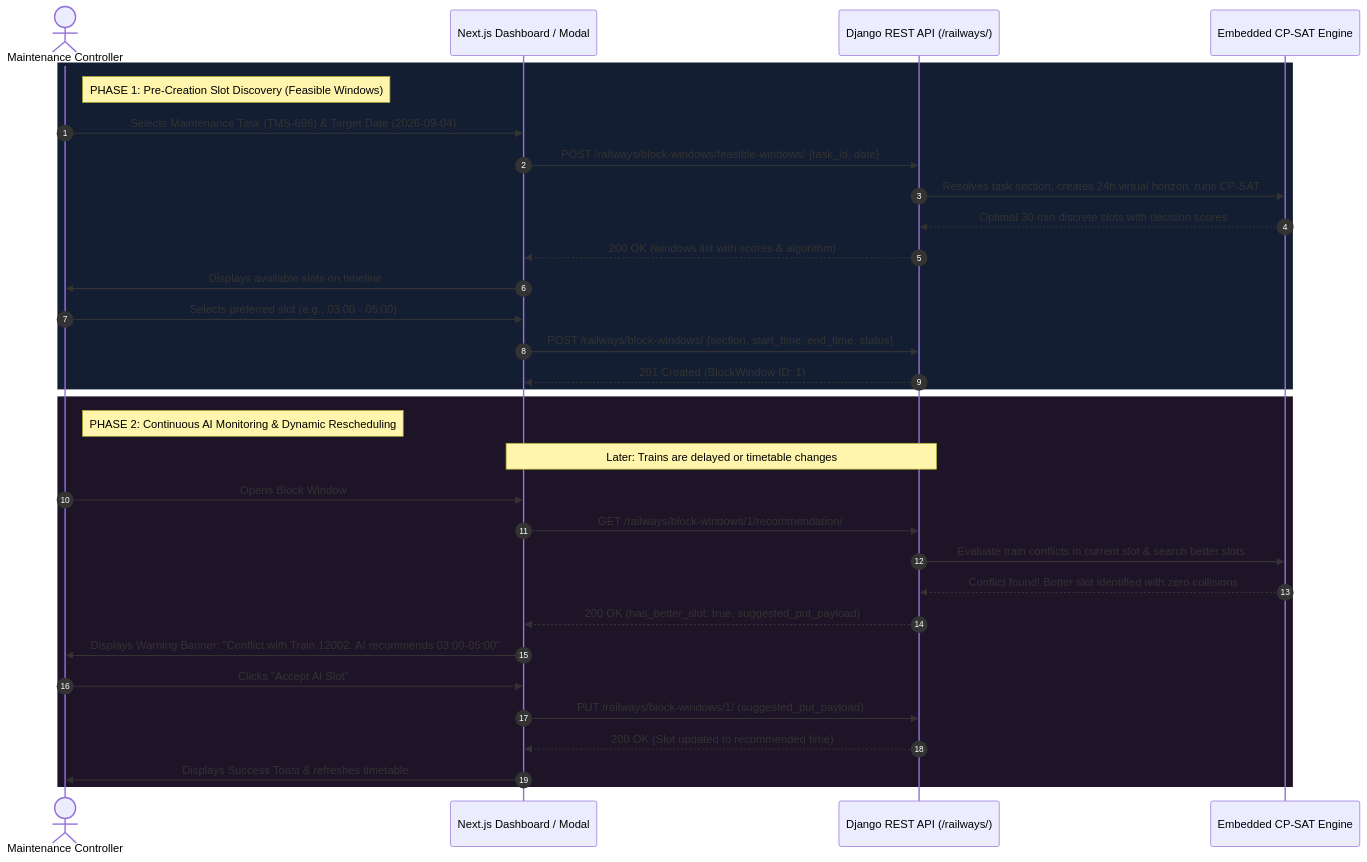
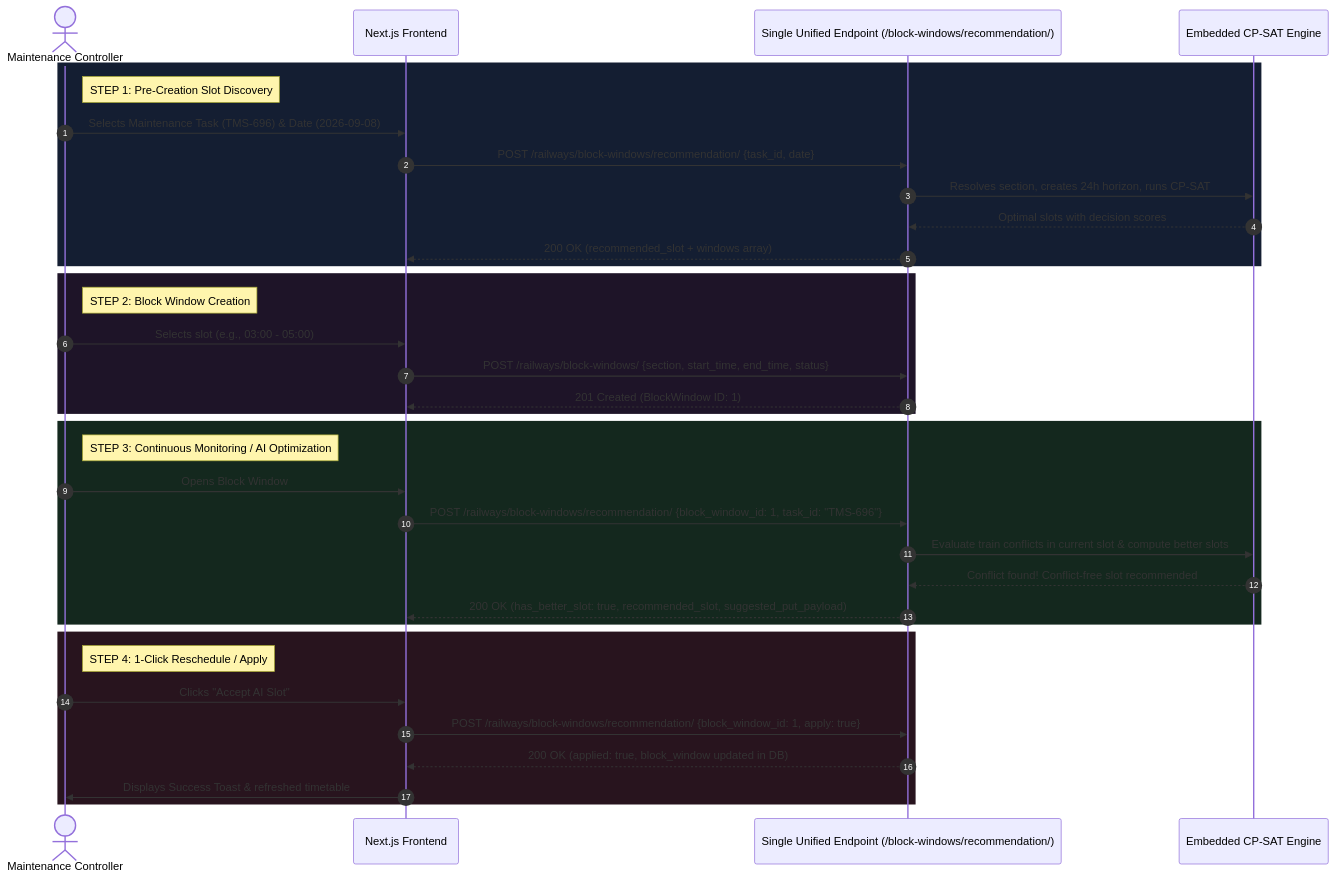
One commit to Smart-Railways/backend changed the diagram in FRONTEND_AI_RECOMMENDATION_GUIDE.md. Above: the diagram before and after it, drawn with Mermaid. The commit also changed other lines of this file and 7 other files, not shown here.

````diff
--- a/FRONTEND_AI_RECOMMENDATION_GUIDE.md
+++ b/FRONTEND_AI_RECOMMENDATION_GUIDE.md
@@ -12,36 +23,41 @@
 ```mermaid
 sequenceDiagram
     autonumber
     actor Controller as Maintenance Controller
-    participant UI as Next.js Dashboard / Modal
-    participant API as Django REST API (/railways/)
+    participant UI as Next.js Frontend
+    participant API as Single Unified Endpoint (/block-windows/recommendation/)
     participant AI as Embedded CP-SAT Engine
 
     rect rgb(20, 30, 50)
-    note right of Controller: PHASE 1: Pre-Creation Slot Discovery (Feasible Windows)
-    Controller->>UI: Selects Maintenance Task (TMS-696) & Target Date (2026-09-04)
-    UI->>API: POST /railways/block-windows/feasible-windows/ {task_id, date}
-    API->>AI: Resolves task section, creates 24h virtual horizon, runs CP-SAT
-    AI-->>API: Optimal 30-min discrete slots with decision scores
-    API-->>UI: 200 OK (windows list with scores & algorithm)
-    UI->>Controller: Displays available slots on timeline
-    Controller->>UI: Selects preferred slot (e.g., 03:00 - 05:00)
+    note right of Controller: STEP 1: Pre-Creation Slot Discovery
+    Controller->>UI: Selects Maintenance Task (TMS-696) & Date (2026-09-08)
+    UI->>API: POST /railways/block-windows/recommendation/ {task_id, date}
+    API->>AI: Resolves section, creates 24h horizon, runs CP-SAT
+    AI-->>API: Optimal slots with decision scores
+    API-->>UI: 200 OK (recommended_slot + windows array)
+    end
+
+    rect rgb(30, 20, 40)
+    note right of Controller: STEP 2: Block Window Creation
+    Controller->>UI: Selects slot (e.g., 03:00 - 05:00)
     UI->>API: POST /railways/block-windows/ {section, start_time, end_time, status}
     API-->>UI: 201 Created (BlockWindow ID: 1)
     end
 
-    rect rgb(30, 20, 40)
-    note right of Controller: PHASE 2: Continuous AI Monitoring & Dynamic Rescheduling
-    Note over UI,API: Later: Trains are delayed or timetable changes
-    Controller->>UI: Opens Block Window #1 Details
-    UI->>API: GET /railways/block-windows/1/recommendation/
-    API->>AI: Evaluate train conflicts in current slot & search better slots
-    AI-->>API: Conflict found! Better slot identified with zero collisions
-    API-->>UI: 200 OK (has_better_slot: true, suggested_put_payload)
-    UI->>Controller: Displays Warning Banner: "Conflict with Train 12002. AI recommends 03:00-05:00"
+    rect rgb(20, 40, 30)
+    note right of Controller: STEP 3: Continuous Monitoring / AI Optimization
+    Controller->>UI: Opens Block Window #1 or detects timetable change
+    UI->>API: POST /railways/block-windows/recommendation/ {block_window_id: 1, task_id: "TMS-696"}
+    API->>AI: Evaluate train conflicts in current slot & compute better slots
+    AI-->>API: Conflict found! Conflict-free slot recommended
+    API-->>UI: 200 OK (has_better_slot: true, recommended_slot, suggested_put_payload)
+    end
+
+    rect rgb(40, 20, 30)
+    note right of Controller: STEP 4: 1-Click Reschedule / Apply
     Controller->>UI: Clicks "Accept AI Slot"
-    UI->>API: PUT /railways/block-windows/1/ (suggested_put_payload)
-    API-->>UI: 200 OK (Slot updated to recommended time)
-    UI->>Controller: Displays Success Toast & refreshes timetable
+    UI->>API: POST /railways/block-windows/recommendation/ {block_window_id: 1, apply: true}
+    API-->>UI: 200 OK (applied: true, block_window updated in DB)
+    UI->>Controller: Displays Success Toast & refreshed timetable
     end
 ```
````
